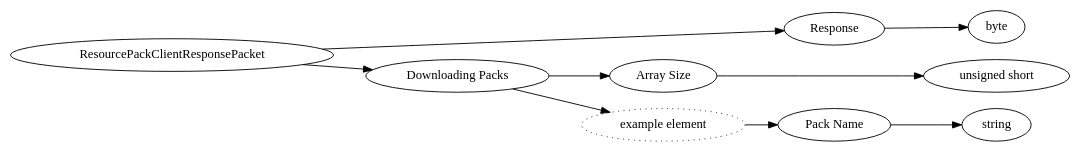
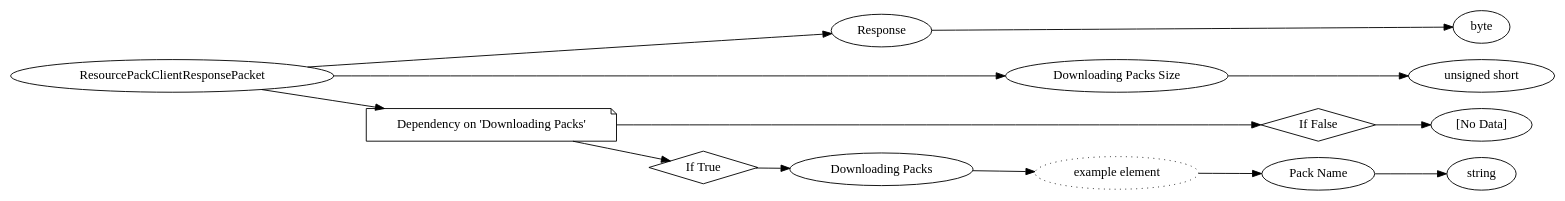
The diagram in dot/ResourcePackClientResponsePacket.dot (Mojang/bedrock-protocol-docs), drawn with Graphviz before and after one commit. The commit also changed 460 other files, not shown here.

```diff
--- a/dot/ResourcePackClientResponsePacket.dot
+++ b/dot/ResourcePackClientResponsePacket.dot
@@ -1,24 +1,32 @@
 digraph "ResourcePackClientResponsePacket" {
 rankdir = LR
 0
 0 -> 1
 1 -> 2
 0 -> 3
 3 -> 4
-4 -> 5
-3 -> 6
+0 -> 5
+5 -> 6
 6 -> 7
-7 -> 8
+5 -> 8
+8 -> 9
+9 -> 10
+10 -> 11
+11 -> 12
 
 0 [label="ResourcePackClientResponsePacket",comment="name: \"ResourcePackClientResponsePacket\", typeName: \"\", id: 0, branchId: 8, recurseId: -1, attributes: 0, notes: \"\""];
 1 [label="Response",comment="name: \"Response\", typeName: \"\", id: 1, branchId: 0, recurseId: -1, attributes: 0, notes: \"\""];
 2 [label="byte",comment="name: \"byte\", typeName: \"\", id: 2, branchId: 0, recurseId: -1, attributes: 512, notes: \"\""];
-3 [label="Downloading Packs",comment="name: \"Downloading Packs\", typeName: \"\", id: 3, branchId: 0, recurseId: -1, attributes: 8, notes: \"\""];
-4 [label="Array Size",comment="name: \"Array Size\", typeName: \"\", id: 4, branchId: 0, recurseId: -1, attributes: 0, notes: \"\""];
-5 [label="unsigned short",comment="name: \"unsigned short\", typeName: \"\", id: 5, branchId: 0, recurseId: -1, attributes: 512, notes: \"\""];
-6 [label="example element",style=dotted,comment="name: \"example element\", typeName: \"\", id: 6, branchId: 0, recurseId: -1, attributes: 16, notes: \"\""];
-7 [label="Pack Name",comment="name: \"Pack Name\", typeName: \"\", id: 7, branchId: 0, recurseId: -1, attributes: 0, notes: \"\""];
-8 [label="string",comment="name: \"string\", typeName: \"\", id: 8, branchId: 0, recurseId: -1, attributes: 512, notes: \"\""];
-{ rank = max;2;5;8}
+3 [label="Downloading Packs Size",comment="name: \"Downloading Packs Size\", typeName: \"\", id: 3, branchId: 0, recurseId: -1, attributes: 0, notes: \"\""];
+4 [label="unsigned short",comment="name: \"unsigned short\", typeName: \"\", id: 4, branchId: 0, recurseId: -1, attributes: 512, notes: \"\""];
+5 [label="Dependency on 'Downloading Packs'",shape=note,comment="name: \"Dependency on 'Downloading Packs'\", typeName: \"\", id: 5, branchId: 0, recurseId: -1, attributes: 2, notes: \"\""];
+6 [label="If False",shape=diamond,comment="name: \"If False\", typeName: \"\", id: 6, branchId: 0, recurseId: -1, attributes: 4, notes: \"\""];
+7 [label="[No Data]",comment="name: \"[No Data]\", typeName: \"\", id: 7, branchId: 0, recurseId: -1, attributes: 512, notes: \"\""];
+8 [label="If True",shape=diamond,comment="name: \"If True\", typeName: \"\", id: 8, branchId: 1, recurseId: -1, attributes: 4, notes: \"\""];
+9 [label="Downloading Packs",comment="name: \"Downloading Packs\", typeName: \"\", id: 9, branchId: 0, recurseId: -1, attributes: 8, notes: \"\""];
+10 [label="example element",style=dotted,comment="name: \"example element\", typeName: \"\", id: 10, branchId: 0, recurseId: -1, attributes: 16, notes: \"\""];
+11 [label="Pack Name",comment="name: \"Pack Name\", typeName: \"\", id: 11, branchId: 0, recurseId: -1, attributes: 0, notes: \"\""];
+12 [label="string",comment="name: \"string\", typeName: \"\", id: 12, branchId: 0, recurseId: -1, attributes: 512, notes: \"\""];
+{ rank = max;2;4;7;12}
 
 }
```
